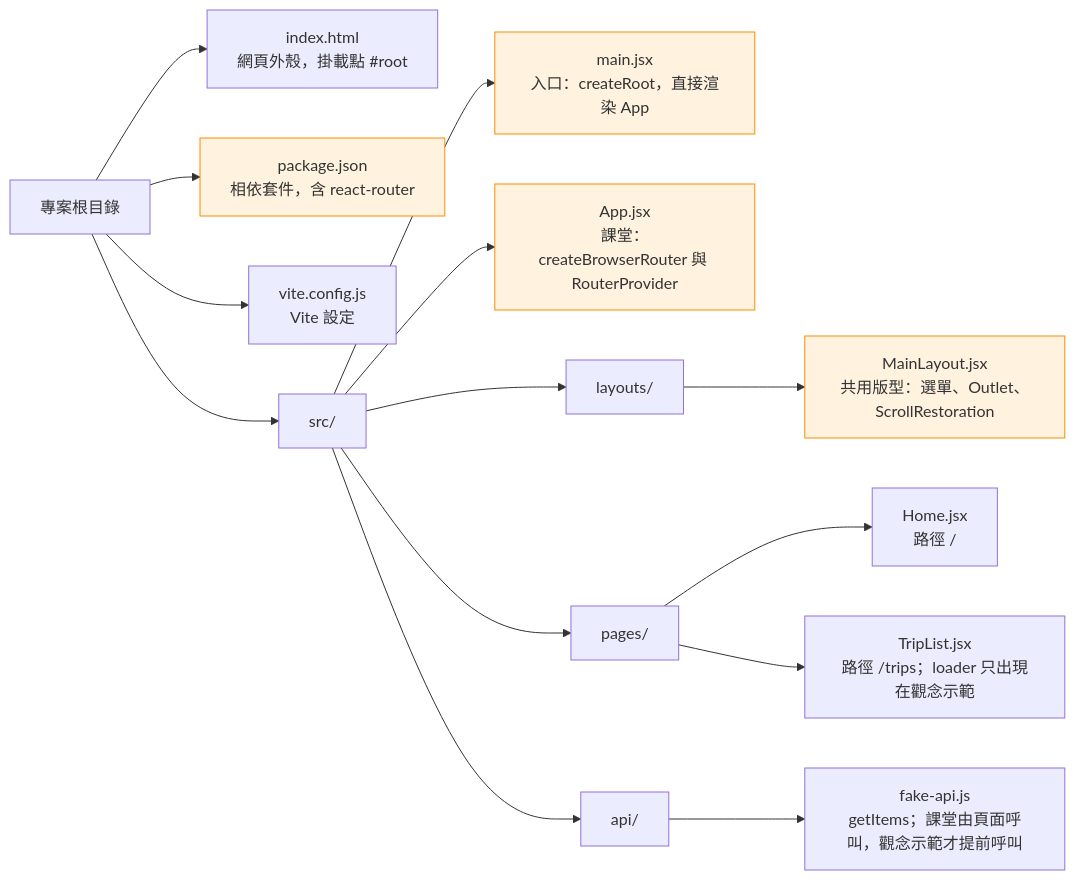
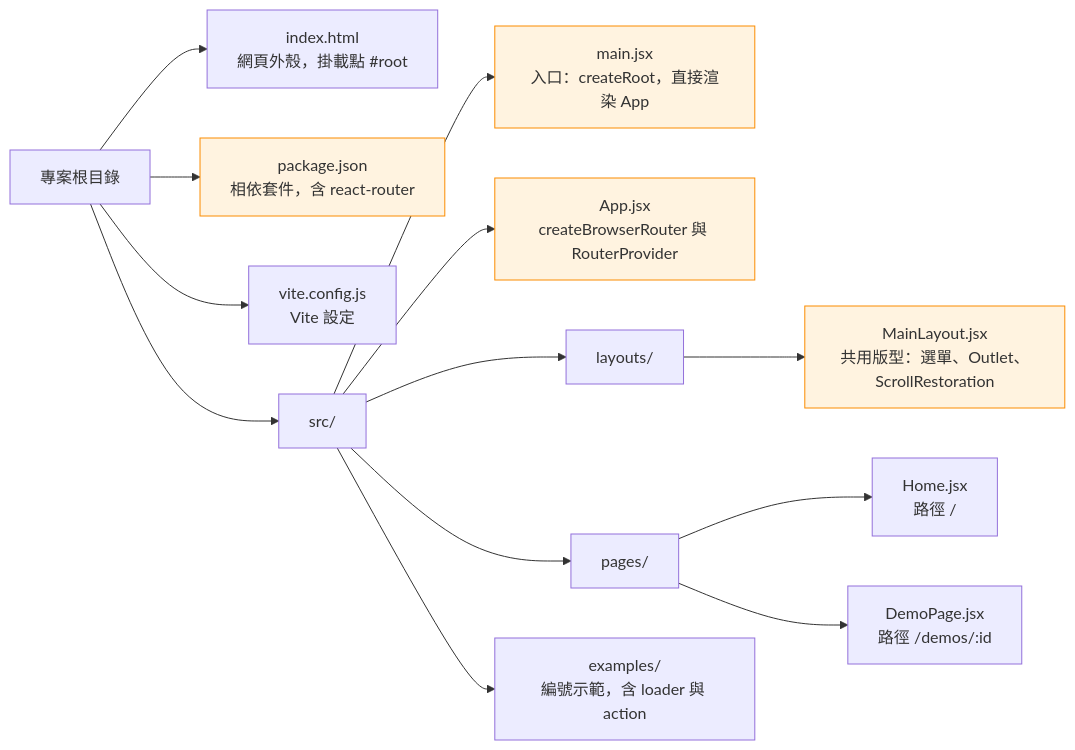
One commit to summer10920/summer10920.github.io changed the second of 9 diagrams in source/_posts/lokiTech-15day-11-react-router.md. Above: the diagram before and after it, drawn with Mermaid. The commit also changed other lines of this file and 3 other files, not shown here.

```diff
--- a/source/_posts/lokiTech-15day-11-react-router.md
+++ b/source/_posts/lokiTech-15day-11-react-router.md
@@ -126,17 +128,16 @@
 {% mermaid graph LR %}
 root["專案根目錄"] --> html["index.html<br/>網頁外殼，掛載點 #root"]
 root --> pkg["package.json<br/>相依套件，含 react-router"]
 root --> vite["vite.config.js<br/>Vite 設定"]
 root --> src["src/"]
 src --> main["main.jsx<br/>入口：createRoot，直接渲染 App"]
-src --> app["App.jsx<br/>課堂：createBrowserRouter 與 RouterProvider"]
+src --> app["App.jsx<br/>createBrowserRouter 與 RouterProvider"]
 src --> layouts["layouts/"]
 layouts --> layout["MainLayout.jsx<br/>共用版型：選單、Outlet、ScrollRestoration"]
 src --> pages["pages/"]
 pages --> home["Home.jsx<br/>路徑 /"]
-pages --> list["TripList.jsx<br/>路徑 /trips；loader 只出現在觀念示範"]
-src --> api["api/"]
-api --> fake["fake-api.js<br/>getItems；課堂由頁面呼叫，觀念示範才提前呼叫"]
+pages --> demo["DemoPage.jsx<br/>路徑 /demos/:id"]
+src --> examples["examples/<br/>編號示範，含 loader 與 action"]
 classDef router fill:#fff3e0,stroke:#fb8c00
 class pkg,main,app,layout router
 {% endmermaid %}
```
